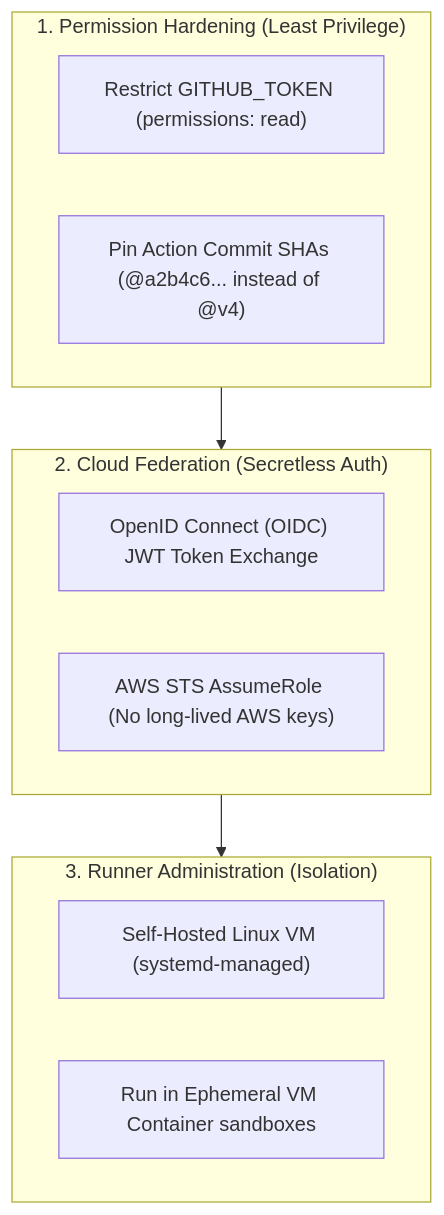
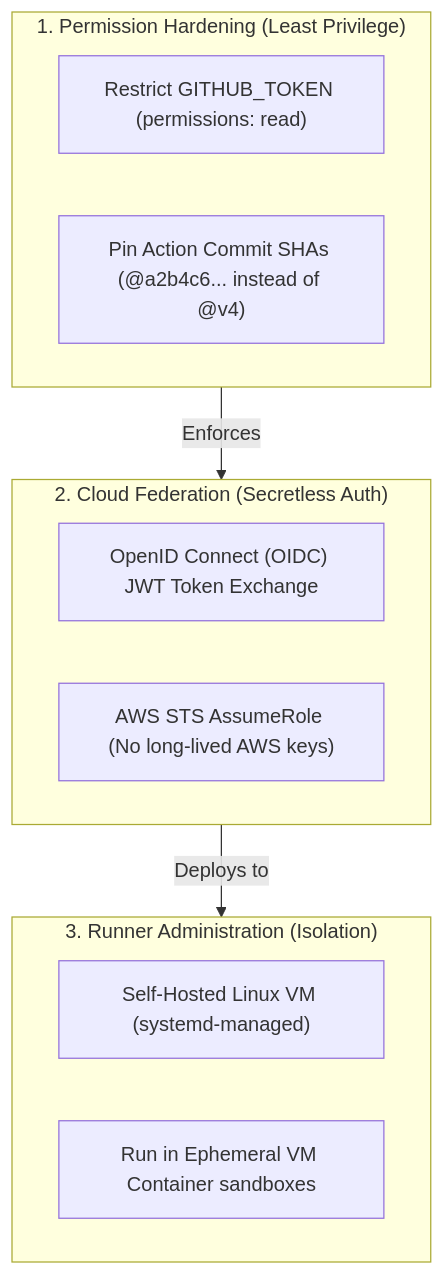
The first of 2 diagrams in Reference Notes/9-3_github_actions_administration_and_security.md (kmashour/BrainDump), drawn with Mermaid before and after one commit. The commit also changed other lines of this file and 52 other files, not shown here.

````diff
--- a/Reference Notes/9-3_github_actions_administration_and_security.md
+++ b/Reference Notes/9-3_github_actions_administration_and_security.md
@@ -11,20 +22,20 @@
 ```mermaid
 graph TD
     subgraph SecurityShield["1. Permission Hardening (Least Privilege)"]
         TokenPerms["Restrict GITHUB_TOKEN (permissions: read)"]
         SHAPin["Pin Action Commit SHAs (@a2b4c6... instead of @v4)"]
     end
 
     subgraph TrustBroker["2. Cloud Federation (Secretless Auth)"]
         OIDC["OpenID Connect (OIDC) JWT Token Exchange"]
         CloudRole["AWS STS AssumeRole (No long-lived AWS keys)"]
     end
 
     subgraph RunnerZoning["3. Runner Administration (Isolation)"]
         SelfHosted["Self-Hosted Linux VM (systemd-managed)"]
         Sandbox["Run in Ephemeral VM Container sandboxes"]
     end
 
-    SecurityShield --> TrustBroker
-    TrustBroker --> RunnerZoning
+    SecurityShield -->|Enforces| TrustBroker
+    TrustBroker -->|Deploys to| RunnerZoning
 ```
````
